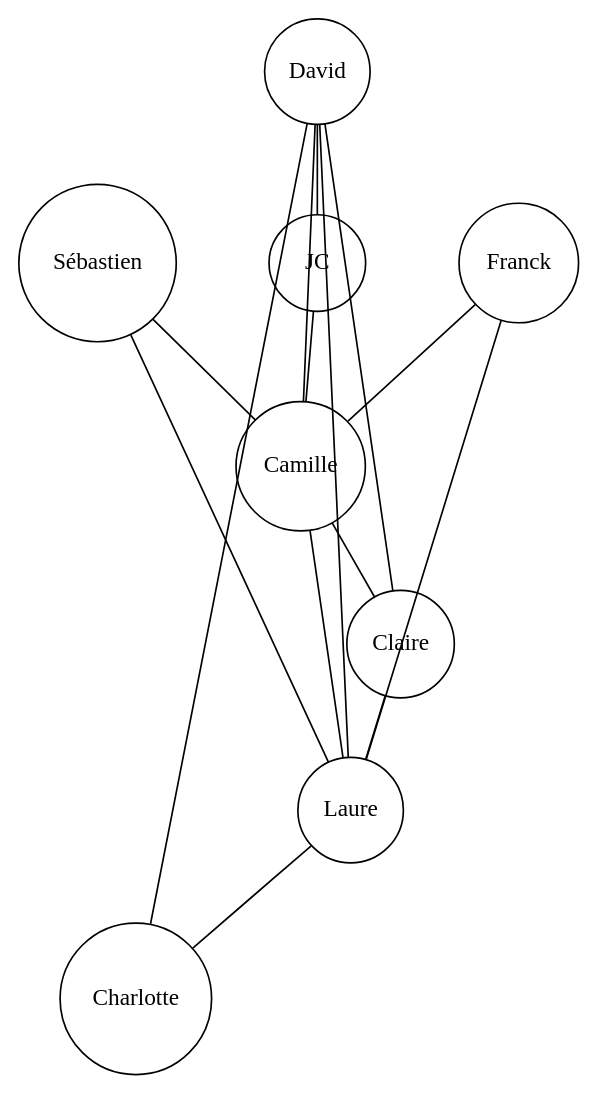
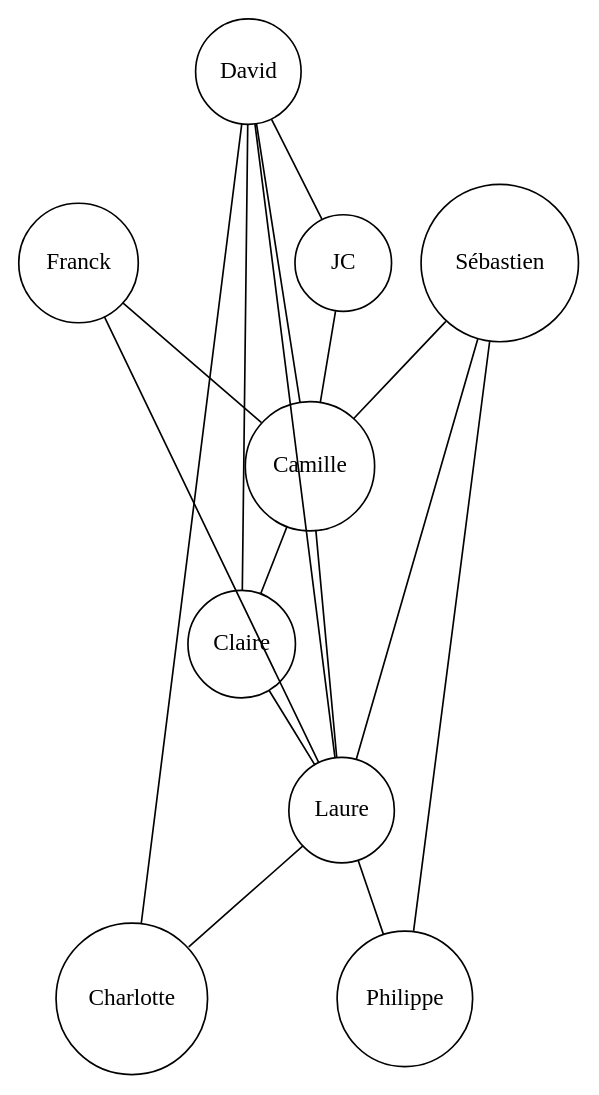
One commit to coti/interactions changed the diagram in graphe.dot. Above: the diagram before and after it, drawn with Graphviz.

Commit message:
added philippe + layout

```diff
--- a/graphe.dot
+++ b/graphe.dot
@@ -1,20 +1,23 @@
- digraph G {
+ graph G {
+ overlap=scale;
  node [shape=circle width=.8 ];
  edge [arrowhead=none];
  splines=false;
 
-Claire -> Laure;
-Laure -> Charlotte;
-David -> Laure;
-JC -> Camille;
-Camille -> Laure;
-David -> JC;
-Camille -> David;
-Camille -> Claire;
-David -> Charlotte;
-David -> Claire;
-Sébastien -> Laure;
-Sébastien -> Camille;
-Franck -> Laure;
-Franck -> Camille;
+Claire -- Laure;
+Laure -- Charlotte;
+David -- Laure;
+JC -- Camille;
+Camille -- Laure;
+David -- JC;
+Camille -- David;
+Camille -- Claire;
+David -- Charlotte;
+David -- Claire;
+Sébastien -- Laure;
+Sébastien -- Camille;
+Franck -- Laure;
+Franck -- Camille;
+Sébastien -- Philippe;
+Laure -- Philippe;
  }
```
